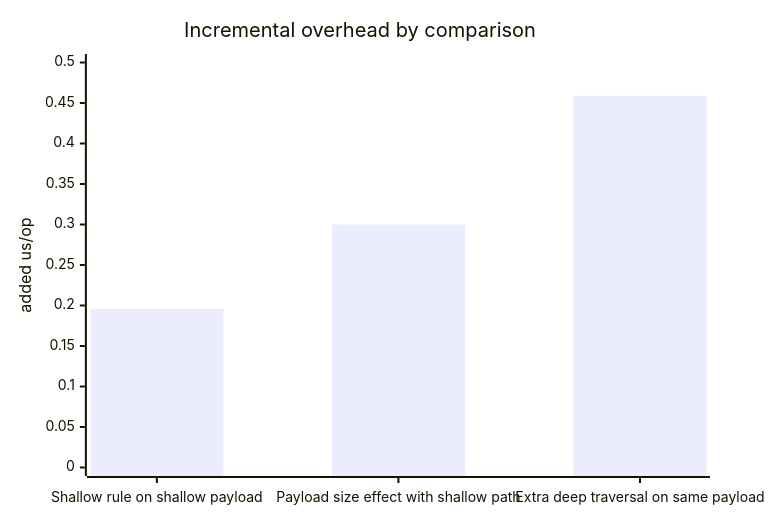
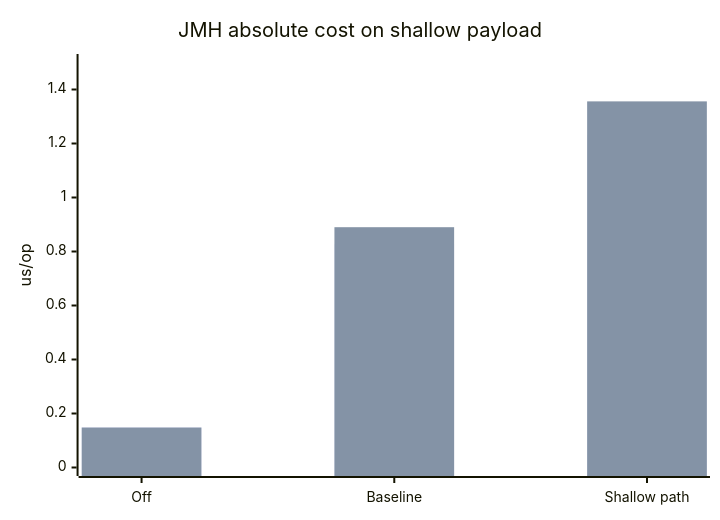
Before and after one commit to hectorad/bean-validation: the second of 3 diagrams in complete/docs/extensions-validator-benchmark-report.md, drawn with Mermaid. The commit also changed other lines of this file and 13 other files, not shown here.

````diff
--- a/complete/docs/extensions-validator-benchmark-report.md
+++ b/complete/docs/extensions-validator-benchmark-report.md
@@ -42,7 +44,8 @@
 ```mermaid
 xychart-beta
-    title "Incremental overhead by comparison"
-    x-axis ["Shallow rule on shallow payload","Payload size effect with shallow path","Extra deep traversal on same payload"]
-    y-axis "added us/op" 0 --> 0.5
-    bar [0.196, 0.300, 0.459]
+    title "JMH absolute cost on shallow payload"
+    x-axis ["Off","Baseline","Shallow path"]
+    y-axis "us/op" 0 --> 1.5
+    bar "Map" [0.149, 0.827, 1.232]
+    bar "Raw JSON" [0.148, 0.890, 1.356]
 ```
````
